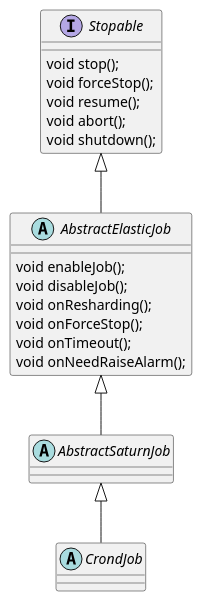
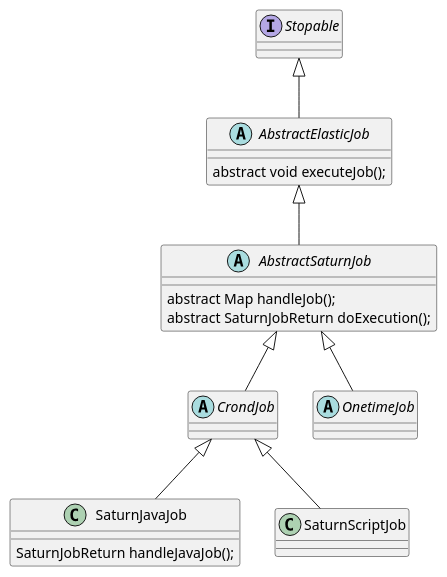
Before and after one commit to skyao/learning-saturn: the diagram in job/images/jobs.puml, drawn with PlantUML. The commit also changed 10 other files, not shown here.

```diff
--- a/job/images/jobs.puml
+++ b/job/images/jobs.puml
@@ -1,27 +1,29 @@
 @startuml
 interface Stopable {
-	void stop();
-	void forceStop();
-	void resume();
-	void abort();
-	void shutdown();
 }
 abstract class AbstractElasticJob {
-	void enableJob();
-	void disableJob();
-	void onResharding();
-	void onForceStop();
-	void onTimeout();
-	void onNeedRaiseAlarm();
+	abstract void executeJob();
 }
 abstract class AbstractSaturnJob {
+    abstract Map handleJob();
+    abstract SaturnJobReturn doExecution();
 }
 abstract class CrondJob {
+}
+abstract class OnetimeJob {
+}
+class SaturnJavaJob {
+    SaturnJobReturn handleJavaJob();
+}
+class SaturnScriptJob {
 }
 
 
 Stopable  <|--  AbstractElasticJob
 AbstractElasticJob  <|--  AbstractSaturnJob
 AbstractSaturnJob  <|--  CrondJob
+AbstractSaturnJob  <|--  OnetimeJob
+CrondJob  <|--  SaturnJavaJob
+CrondJob  <|--  SaturnScriptJob
 
 @enduml
```
